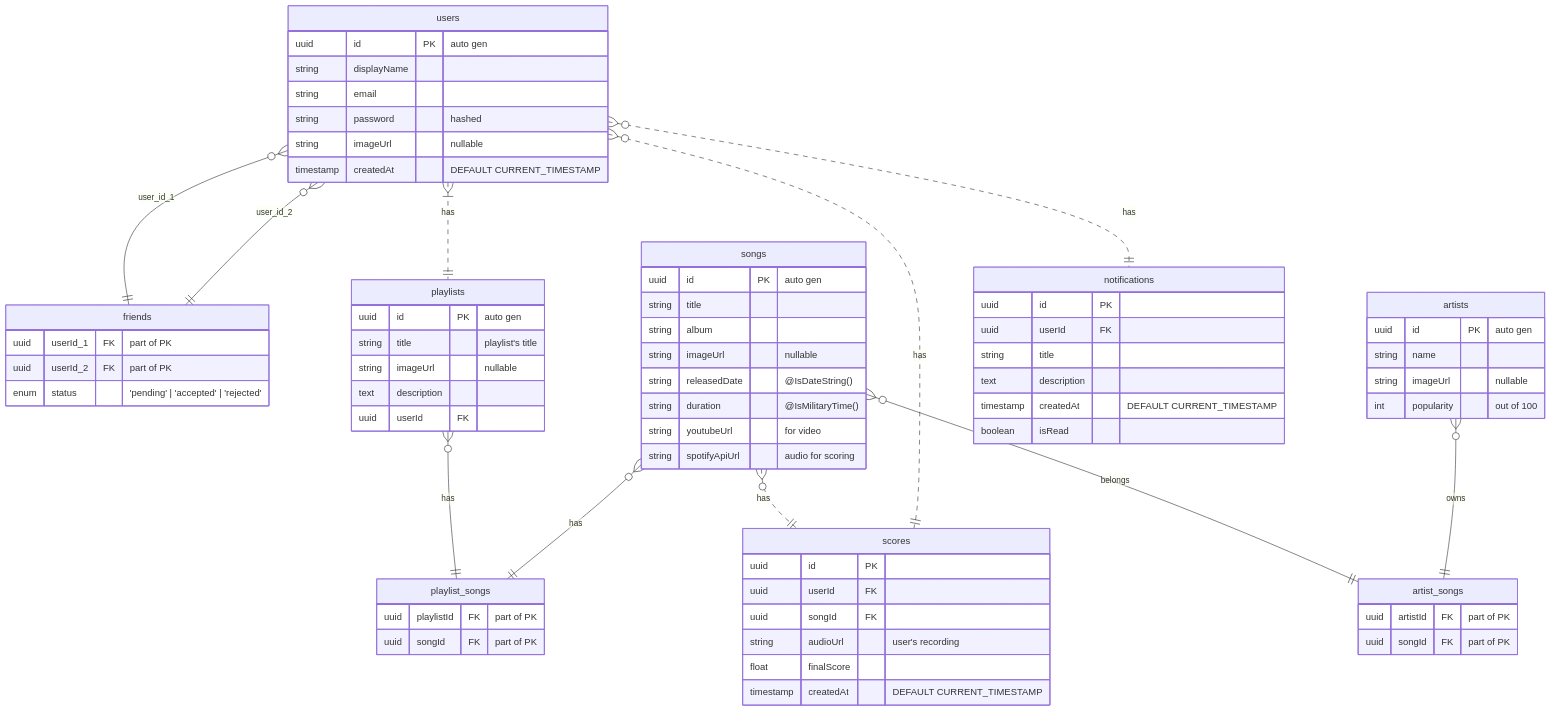
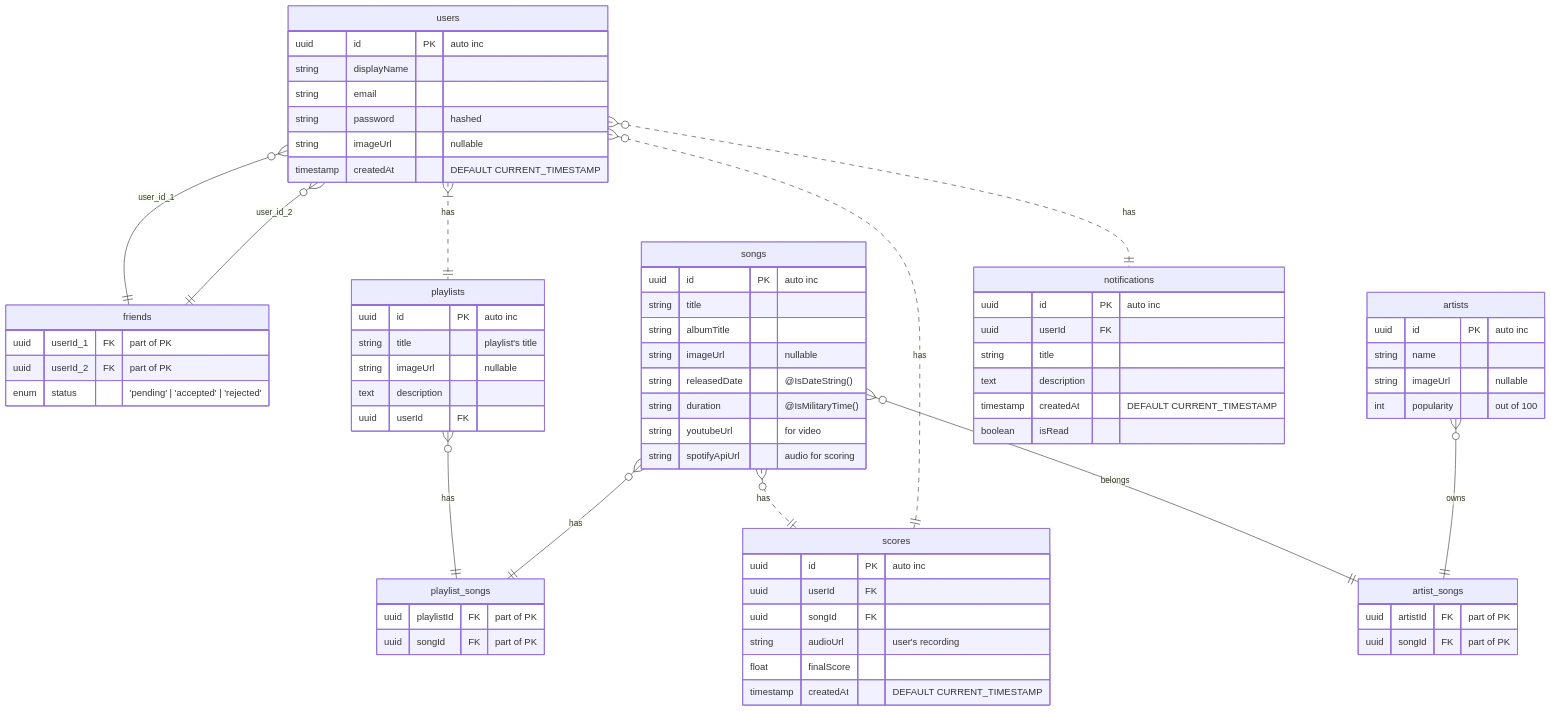
Before and after one commit to manoke-uit/.github: the first of 2 diagrams in README.md, drawn with Mermaid.

Commit message:
chore: slight fix again

````diff
--- a/README.md
+++ b/README.md
@@ -2,75 +2,75 @@
 ``` mermaid
 erDiagram
     users {
-        uuid id PK "auto gen"
+        uuid id PK "auto inc"
         string displayName
         string email
         string password "hashed"
         string imageUrl "nullable"
         timestamp createdAt "DEFAULT CURRENT_TIMESTAMP"
     }
     friends {
         uuid userId_1 FK "part of PK"
         uuid userId_2 FK "part of PK"
         enum status "'pending' | 'accepted' | 'rejected'"
     }
     songs {
-        uuid id PK "auto gen"
+        uuid id PK "auto inc"
         string title
-        string album
+        string albumTitle
         string imageUrl "nullable"
         string releasedDate "@IsDateString()"
         string duration "@IsMilitaryTime()" 
         string youtubeUrl "for video"
         string spotifyApiUrl "audio for scoring"
     }
     playlists {
-        uuid id PK "auto gen"
+        uuid id PK "auto inc"
         string title "playlist's title"
         string imageUrl "nullable"
         text description
         uuid userId FK
     }
     playlist_songs {
         uuid playlistId FK "part of PK"
         uuid songId FK "part of PK"
     }
     artists {
-        uuid id PK "auto gen"
+        uuid id PK "auto inc"
         string name
         string imageUrl "nullable"
         int popularity "out of 100"
     }
     artist_songs {
         uuid artistId FK "part of PK"
         uuid songId FK "part of PK"
     }
     scores {
-        uuid id PK
+        uuid id PK "auto inc"
         uuid userId FK
         uuid songId FK
         string audioUrl "user's recording"
         float finalScore
         timestamp createdAt "DEFAULT CURRENT_TIMESTAMP"
     }
     notifications {
-        uuid id PK
+        uuid id PK "auto inc"
         uuid userId FK
         string title
         text description
         timestamp createdAt "DEFAULT CURRENT_TIMESTAMP"
         boolean isRead
     }
     
     songs }o--|| artist_songs: belongs
     users }o..|| notifications: has
     users }o--|| friends: user_id_1
     users }o--|| friends: user_id_2
     users }|..|| playlists: has
     songs }o..|| scores: has
     users }o..|| scores: has
     playlists }o--|| playlist_songs: has
     songs }o--|| playlist_songs: has
     artists }o--|| artist_songs: owns
     
 ```
````
